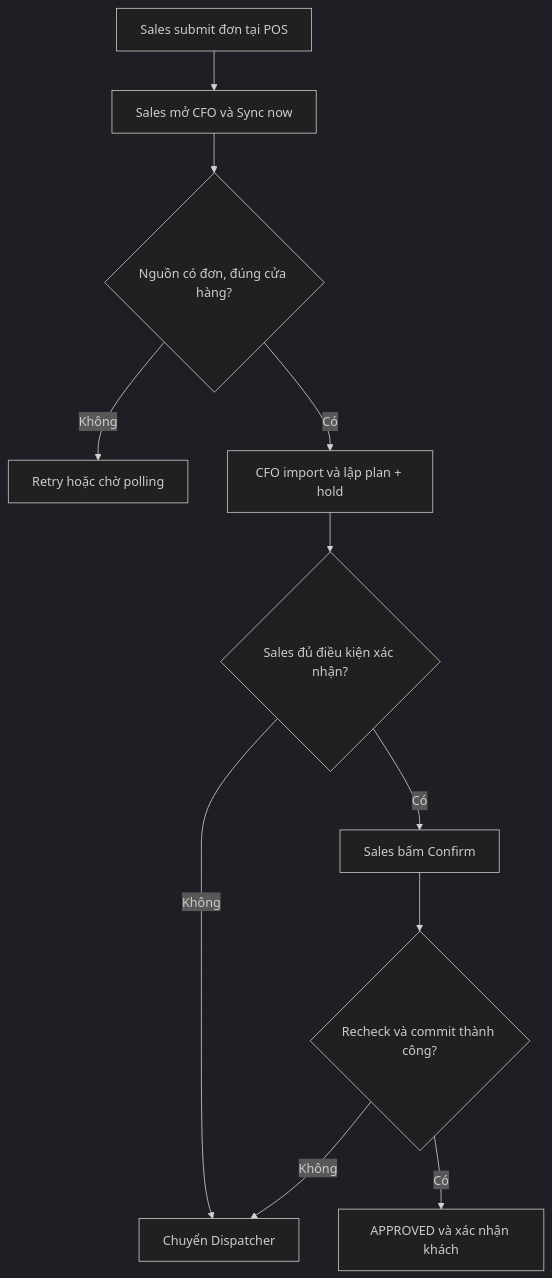
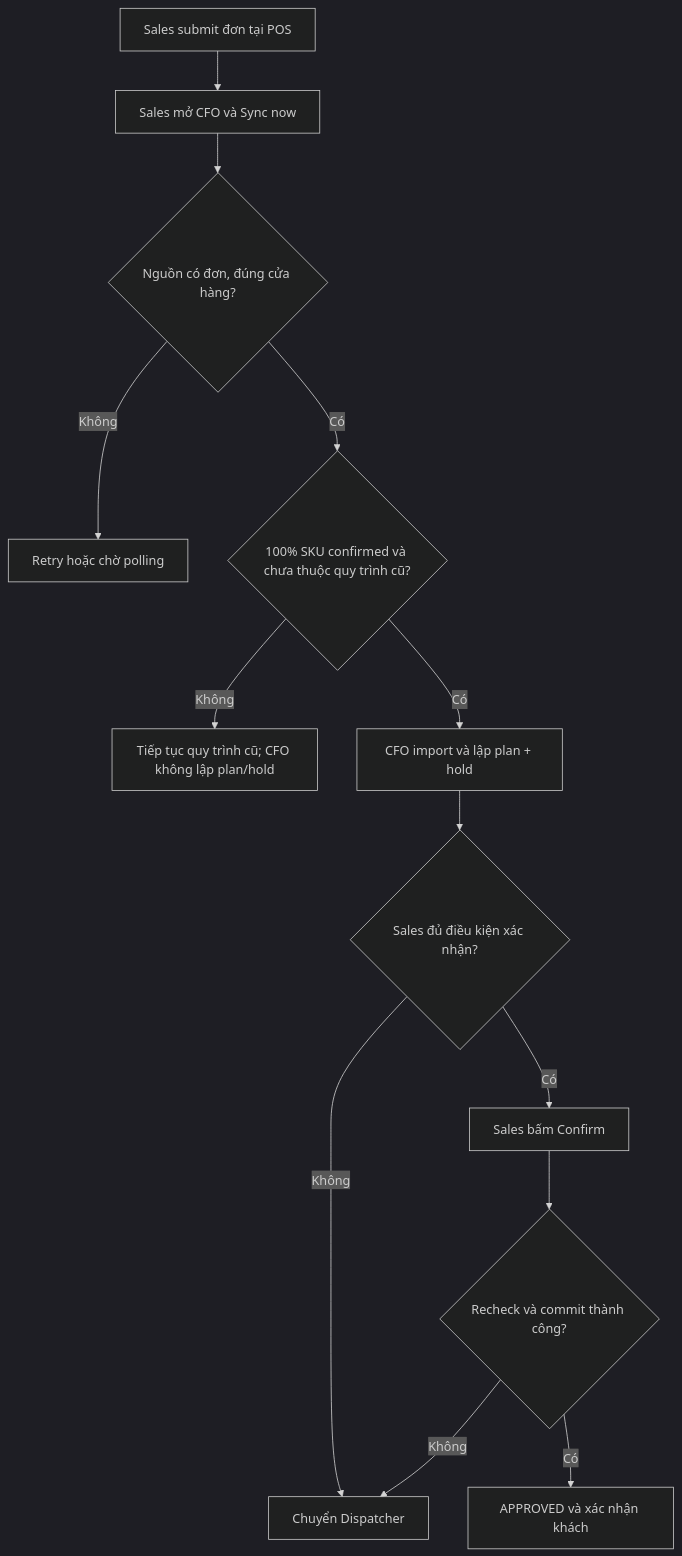
One commit to qaztyhn/cfo-itconsultant changed the second of 14 diagrams in docs/07_User_Flows.md. Above: the diagram before and after it, drawn with Mermaid (dark theme). The commit also changed other lines of this file, not shown here.

Commit message:
docs(flows): preserve legacy handling for orders with unmapped SKUs

````diff
--- a/docs/07_User_Flows.md
+++ b/docs/07_User_Flows.md
@@ -56,13 +56,15 @@
 ```mermaid
 flowchart TD
   A[Sales submit đơn tại POS] --> B[Sales mở CFO và Sync now]
   B --> C{Nguồn có đơn, đúng cửa hàng?}
   C -- Không --> X[Retry hoặc chờ polling]
-  C -- Có --> D[CFO import và lập plan + hold]
+  C -- Có --> C2{100% SKU confirmed và chưa thuộc quy trình cũ?}
+  C2 -- Không --> L[Tiếp tục quy trình cũ; CFO không lập plan/hold]
+  C2 -- Có --> D[CFO import và lập plan + hold]
   D --> E{Sales đủ điều kiện xác nhận?}
   E -- Không --> F[Chuyển Dispatcher]
   E -- Có --> G[Sales bấm Confirm]
   G --> H{Recheck và commit thành công?}
   H -- Không --> F
   H -- Có --> I[APPROVED và xác nhận khách]
 ```
````
